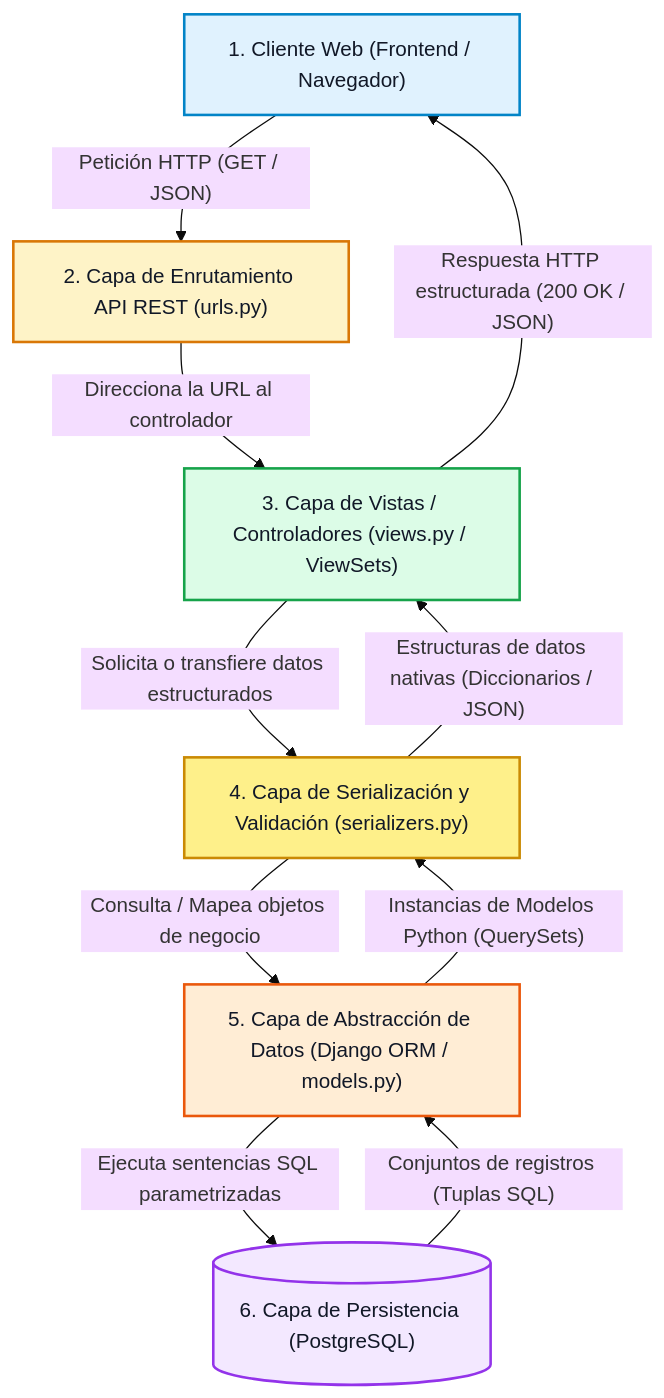
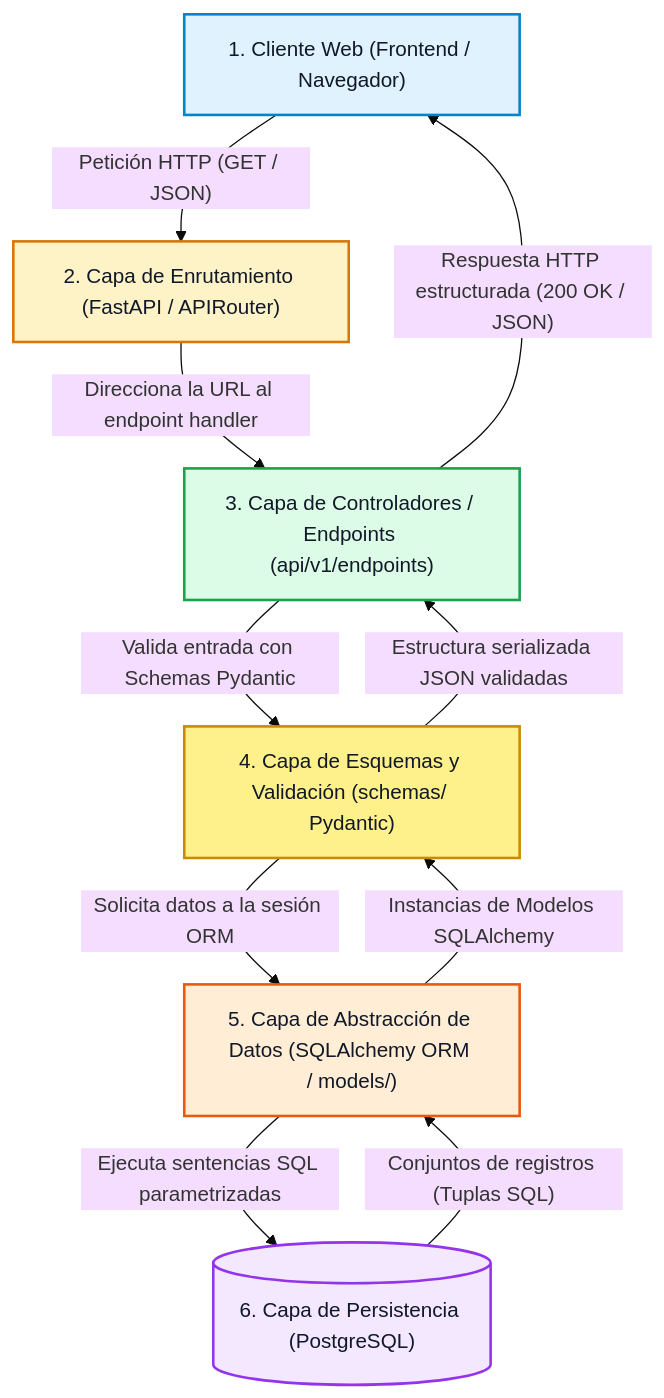
The first of 2 diagrams in docs/arquitectura/estructura-backend.md (Darksam03/RuralConecta-ProyectoWeb), drawn with Mermaid (base theme) before and after one commit. The commit also changed other lines of this file and 5 other files, not shown here.

````diff
--- a/docs/arquitectura/estructura-backend.md
+++ b/docs/arquitectura/estructura-backend.md
@@ -34,27 +35,27 @@
 ```mermaid
 graph TD
-    A["1. Cliente Web (Frontend / Navegador)"] -->|"Petición HTTP (GET / JSON)"| B["2. Capa de Enrutamiento API REST (urls.py)"]
-    B -->|"Direcciona la URL al controlador"| C["3. Capa de Vistas / Controladores (views.py / ViewSets)"]
-    C -->|"Solicita o transfiere datos estructurados"| D["4. Capa de Serialización y Validación (serializers.py)"]
-    D -->|"Consulta / Mapea objetos de negocio"| E["5. Capa de Abstracción de Datos (Django ORM / models.py)"]
+    A["1. Cliente Web (Frontend / Navegador)"] -->|"Petición HTTP (GET / JSON)"| B["2. Capa de Enrutamiento (FastAPI / APIRouter)"]
+    B -->|"Direcciona la URL al endpoint handler"| C["3. Capa de Controladores / Endpoints (api/v1/endpoints)"]
+    C -->|"Valida entrada con Schemas Pydantic"| D["4. Capa de Esquemas y Validación (schemas/ Pydantic)"]
+    D -->|"Solicita datos a la sesión ORM"| E["5. Capa de Abstracción de Datos (SQLAlchemy ORM / models/)"]
     E -->|"Ejecuta sentencias SQL parametrizadas"| F[("6. Capa de Persistencia (PostgreSQL)")]
     
     F -->|"Conjuntos de registros (Tuplas SQL)"| E
-    E -->|"Instancias de Modelos Python (QuerySets)"| D
-    D -->|"Estructuras de datos nativas (Diccionarios / JSON)"| C
+    E -->|"Instancias de Modelos SQLAlchemy"| D
+    D -->|"Estructura serializada JSON validadas"| C
     C -->|"Respuesta HTTP estructurada (200 OK / JSON)"| A
 
     classDef client fill:#e0f2fe,stroke:#0284c7,stroke-width:2px,color:#111827;
     classDef routing fill:#fef3c7,stroke:#d97706,stroke-width:2px,color:#111827;
     classDef logic fill:#dcfce7,stroke:#16a34a,stroke-width:2px,color:#111827;
     classDef serial fill:#fef08a,stroke:#ca8a04,stroke-width:2px,color:#111827;
     classDef orm fill:#ffedd5,stroke:#ea580c,stroke-width:2px,color:#111827;
     classDef db fill:#f3e8ff,stroke:#9333ea,stroke-width:2px,color:#111827;
 
     class A client;
     class B routing;
     class C logic;
     class D serial;
     class E orm;
     class F db;
 ```
````
